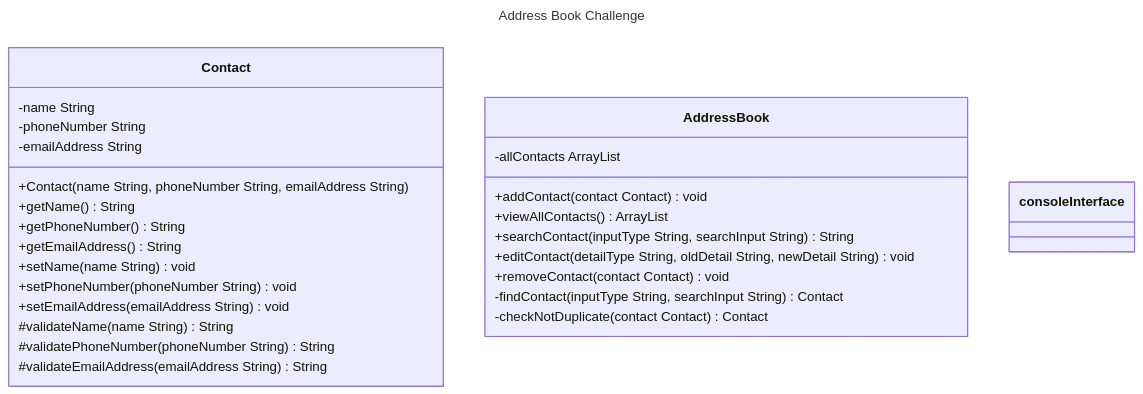
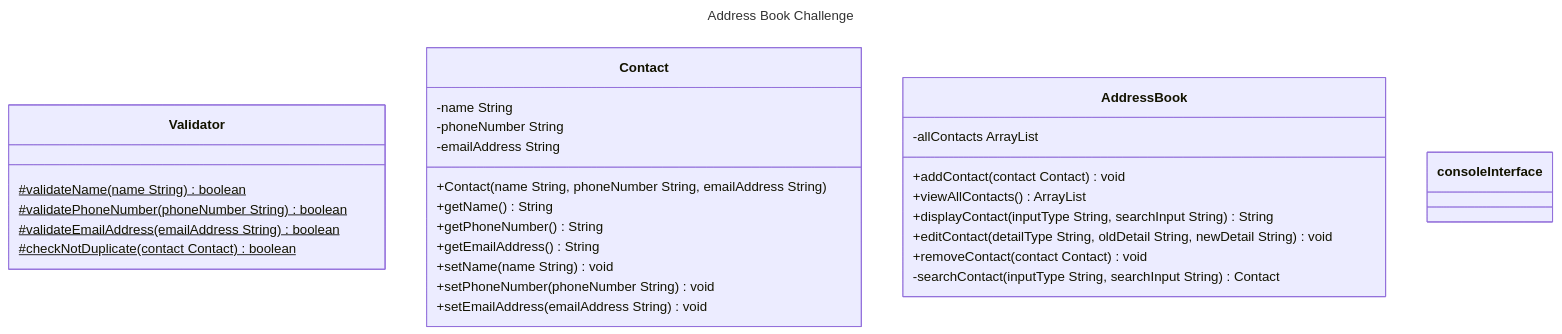
Before and after one commit to kristy-lam/df-challenge-3-address-book: the diagram in docs/class-diagrams-test-plan.md, drawn with Mermaid. The commit also changed other lines of this file and 8 other files, not shown here.

````diff
--- a/docs/class-diagrams-test-plan.md
+++ b/docs/class-diagrams-test-plan.md
@@ -11,36 +11,42 @@
 ```mermaid
 ---
 title: Address Book Challenge
 ---
 classDiagram
+    
+    class Validator {
+        #validateName(name String) boolean$
+        #validatePhoneNumber(phoneNumber String) boolean$
+        #validateEmailAddress(emailAddress String) boolean$
+        #checkNotDuplicate(contact Contact) boolean$
+    }
+    
     class Contact {
         -name String
         -phoneNumber String
         -emailAddress String
         +Contact(name String, phoneNumber String, emailAddress String)
         +getName() String
         +getPhoneNumber() String
         +getEmailAddress() String
         +setName(name String) void
         +setPhoneNumber(phoneNumber String) void
         +setEmailAddress(emailAddress String) void
-        #validateName(name String) String
-        #validatePhoneNumber(phoneNumber String) String
-        #validateEmailAddress(emailAddress String) String
     }
+    
     class AddressBook {   
         -allContacts ArrayList
         +addContact(contact Contact) void
         +viewAllContacts() ArrayList
-        +searchContact(inputType String, searchInput String) String
+        +displayContact(inputType String, searchInput String) String
         +editContact(detailType String, oldDetail String, newDetail String) void
         +removeContact(contact Contact) void
-        -findContact(inputType String, searchInput String) Contact
-        -checkNotDuplicate(contact Contact) Contact
+        -searchContact(inputType String, searchInput String) Contact
     }
+    
     class consoleInterface {
         
         
     }
 
 ```
````
